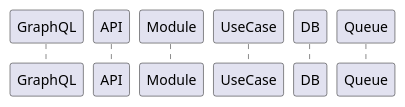
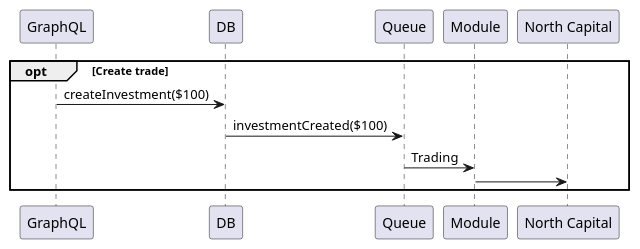
One commit to JoinReinvest/reinvest-api changed the diagram in workflows/integration.plantuml. Above: the diagram before and after it, drawn with PlantUML. The commit also changed 147 other files, not shown here.

```diff
--- a/workflows/integration.plantuml
+++ b/workflows/integration.plantuml
@@ -1,11 +1,17 @@
 @startuml
 
 participant "GraphQL" as GL
-participant "API" as API
-participant "Module" as M
-participant "UseCase" as UC
 participant "DB" as DB
 participant "Queue" as Q
+participant "Module" as M
+participant "North Capital" as NC
 
+opt Create trade
+GL -> DB: createInvestment($100)
+DB -> Q: investmentCreated($100)
+Q -> M: Trading
+M -> NC:
+
+end
 
 @enduml
```
